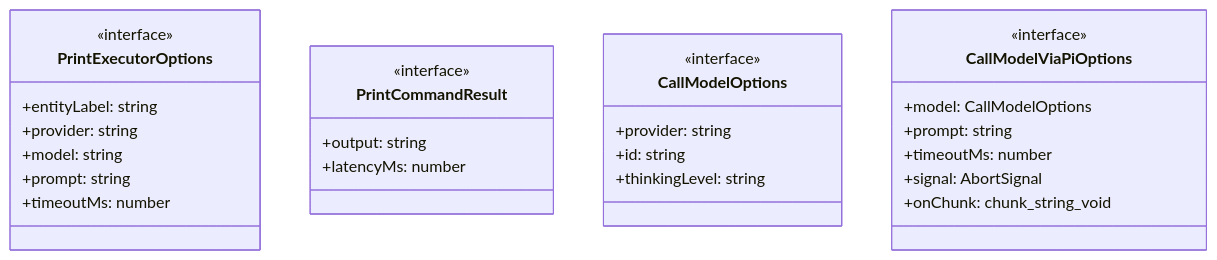
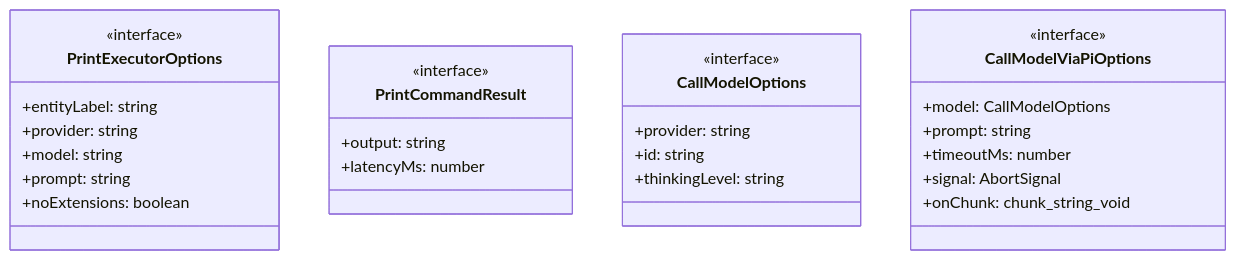
One commit to Mekann2904/mekann changed the first of 4 diagrams in ABDD/.pi/extensions/shared/pi-print-executor.md. Above: the diagram before and after it, drawn with Mermaid. The commit also changed other lines of this file and 205 other files, not shown here.

````diff
--- a/ABDD/.pi/extensions/shared/pi-print-executor.md
+++ b/ABDD/.pi/extensions/shared/pi-print-executor.md
@@ -37,30 +42,30 @@
 ```mermaid
 classDiagram
   class PrintExecutorOptions {
     <<interface>>
     +entityLabel: string
     +provider: string
     +model: string
     +prompt: string
-    +timeoutMs: number
+    +noExtensions: boolean
   }
   class PrintCommandResult {
     <<interface>>
     +output: string
     +latencyMs: number
   }
   class CallModelOptions {
     <<interface>>
     +provider: string
     +id: string
     +thinkingLevel: string
   }
   class CallModelViaPiOptions {
     <<interface>>
     +model: CallModelOptions
     +prompt: string
     +timeoutMs: number
     +signal: AbortSignal
     +onChunk: chunk_string_void
   }
 ```
````
